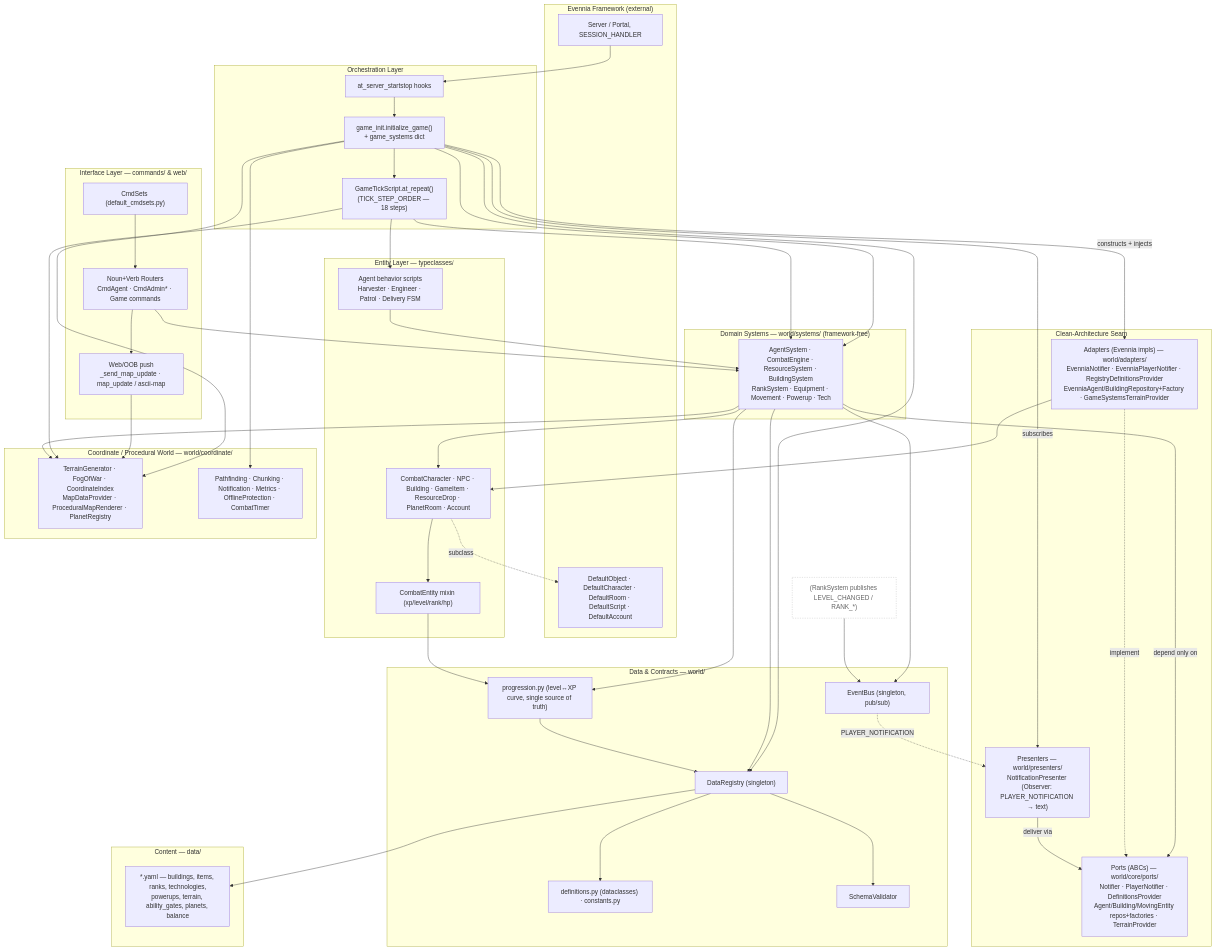
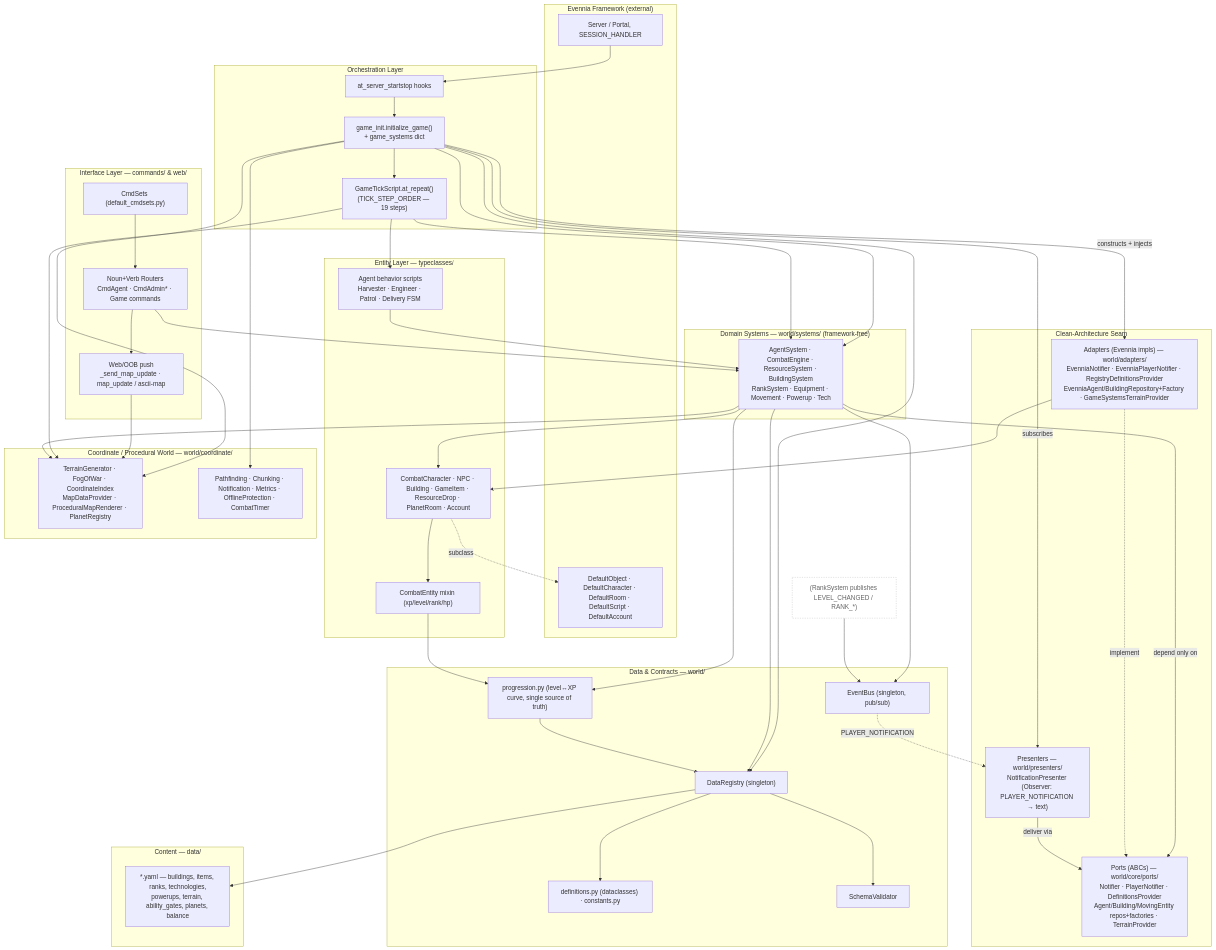
One commit to victorkhou/ProjectV changed the first of 13 diagrams in mygame/ARCHITECTURE.md. Above: the diagram before and after it, drawn with Mermaid. The commit also changed other lines of this file and 20 other files, not shown here.

```diff
--- a/mygame/ARCHITECTURE.md
+++ b/mygame/ARCHITECTURE.md
@@ -42,7 +42,7 @@
 
     subgraph L6["Orchestration Layer"]
         Boot["game_init.initialize_game()<br/>+ game_systems dict"]
-        Tick["GameTickScript.at_repeat()<br/>(TICK_STEP_ORDER — 18 steps)"]
+        Tick["GameTickScript.at_repeat()<br/>(TICK_STEP_ORDER — 19 steps)"]
         Hooks["at_server_startstop hooks"]
     end
 
```
